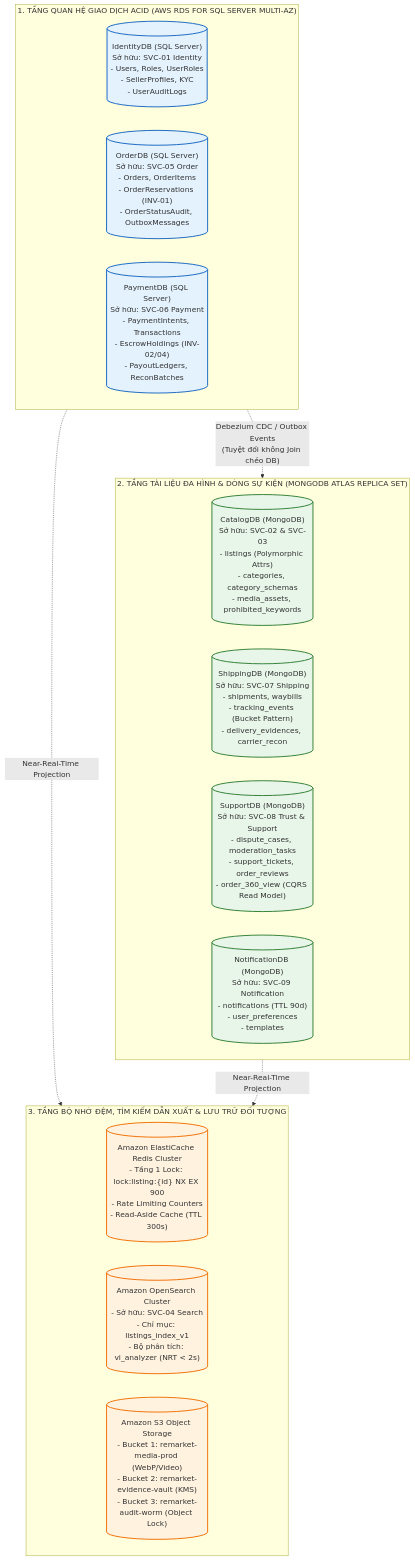
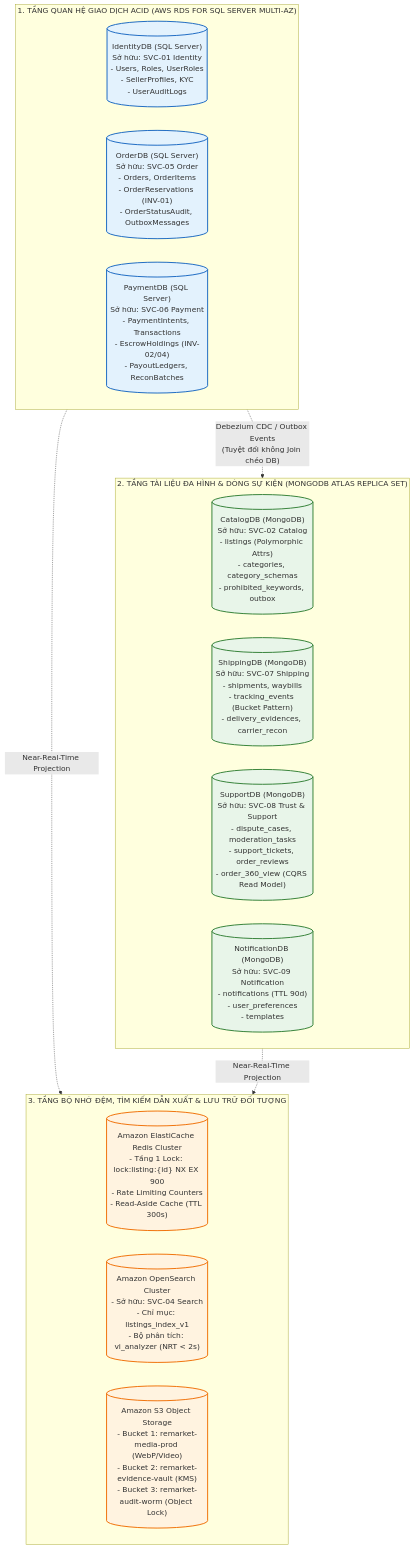
The first of 6 diagrams in docs/BA/09_architecture-and-process-diagrams/database-and-data-architecture-diagrams.md (toanteng11/remarket-platform-system), drawn with Mermaid before and after one commit. The commit also changed 13 other files, not shown here.

Commit message:
docs(ba): harmonize business rules, resolve edge-case loopholes, and optimize architecture diagrams

````diff
--- a/docs/BA/09_architecture-and-process-diagrams/database-and-data-architecture-diagrams.md
+++ b/docs/BA/09_architecture-and-process-diagrams/database-and-data-architecture-diagrams.md
@@ -22,34 +22,34 @@
 ```mermaid
 flowchart TB
     subgraph RELATIONAL_TIER ["1. TẦNG QUAN HỆ GIAO DỊCH ACID (AWS RDS FOR SQL SERVER MULTI-AZ)"]
         direction LR
         IDN_DB[("IdentityDB (SQL Server)\nSở hữu: SVC-01 Identity\n- Users, Roles, UserRoles\n- SellerProfiles, KYC\n- UserAuditLogs")]
         ORD_DB[("OrderDB (SQL Server)\nSở hữu: SVC-05 Order\n- Orders, OrderItems\n- OrderReservations (INV-01)\n- OrderStatusAudit, OutboxMessages")]
         PAY_DB[("PaymentDB (SQL Server)\nSở hữu: SVC-06 Payment\n- PaymentIntents, Transactions\n- EscrowHoldings (INV-02/04)\n- PayoutLedgers, ReconBatches")]
     end
 
     subgraph DOCUMENT_TIER ["2. TẦNG TÀI LIỆU ĐA HÌNH & DÒNG SỰ KIỆN (MONGODB ATLAS REPLICA SET)"]
         direction LR
-        CAT_DB[("CatalogDB (MongoDB)\nSở hữu: SVC-02 & SVC-03\n- listings (Polymorphic Attrs)\n- categories, category_schemas\n- media_assets, prohibited_keywords")]
+        CAT_DB[("CatalogDB (MongoDB)\nSở hữu: SVC-02 Catalog\n- listings (Polymorphic Attrs)\n- categories, category_schemas\n- prohibited_keywords, outbox")]
         SHP_DB[("ShippingDB (MongoDB)\nSở hữu: SVC-07 Shipping\n- shipments, waybills\n- tracking_events (Bucket Pattern)\n- delivery_evidences, carrier_recon")]
         SUP_DB[("SupportDB (MongoDB)\nSở hữu: SVC-08 Trust & Support\n- dispute_cases, moderation_tasks\n- support_tickets, order_reviews\n- order_360_view (CQRS Read Model)")]
         NTF_DB[("NotificationDB (MongoDB)\nSở hữu: SVC-09 Notification\n- notifications (TTL 90d)\n- user_preferences\n- templates")]
     end
 
     subgraph DERIVED_AND_OBJECT_TIER ["3. TẦNG BỘ NHỚ ĐỆM, TÌM KIẾM DẪN XUẤT & LƯU TRỮ ĐỐI TƯỢNG"]
         direction LR
         REDIS_CL[("Amazon ElastiCache Redis Cluster\n- Tầng 1 Lock: lock:listing:{id} NX EX 900\n- Rate Limiting Counters\n- Read-Aside Cache (TTL 300s)")]
         OS_CL[("Amazon OpenSearch Cluster\n- Sở hữu: SVC-04 Search\n- Chỉ mục: listings_index_v1\n- Bộ phân tích: vi_analyzer (NRT < 2s)")]
         S3_VAULT[("Amazon S3 Object Storage\n- Bucket 1: remarket-media-prod (WebP/Video)\n- Bucket 2: remarket-evidence-vault (KMS)\n- Bucket 3: remarket-audit-worm (Object Lock)")]
     end
 
     RELATIONAL_TIER -.->|"Debezium CDC / Outbox Events\n(Tuyệt đối không Join chéo DB)"| DOCUMENT_TIER
     RELATIONAL_TIER & DOCUMENT_TIER -.->|"Near-Real-Time Projection"| DERIVED_AND_OBJECT_TIER
 
     classDef sql fill:#e3f2fd,stroke:#1565c0,stroke-width:2px;
     classDef mongo fill:#e8f5e9,stroke:#2e7d32,stroke-width:2px;
     classDef drv fill:#fff3e0,stroke:#ef6c00,stroke-width:2px;
     class IDN_DB,ORD_DB,PAY_DB sql;
     class CAT_DB,SHP_DB,SUP_DB,NTF_DB mongo;
     class REDIS_CL,OS_CL,S3_VAULT drv;
 ```
````
